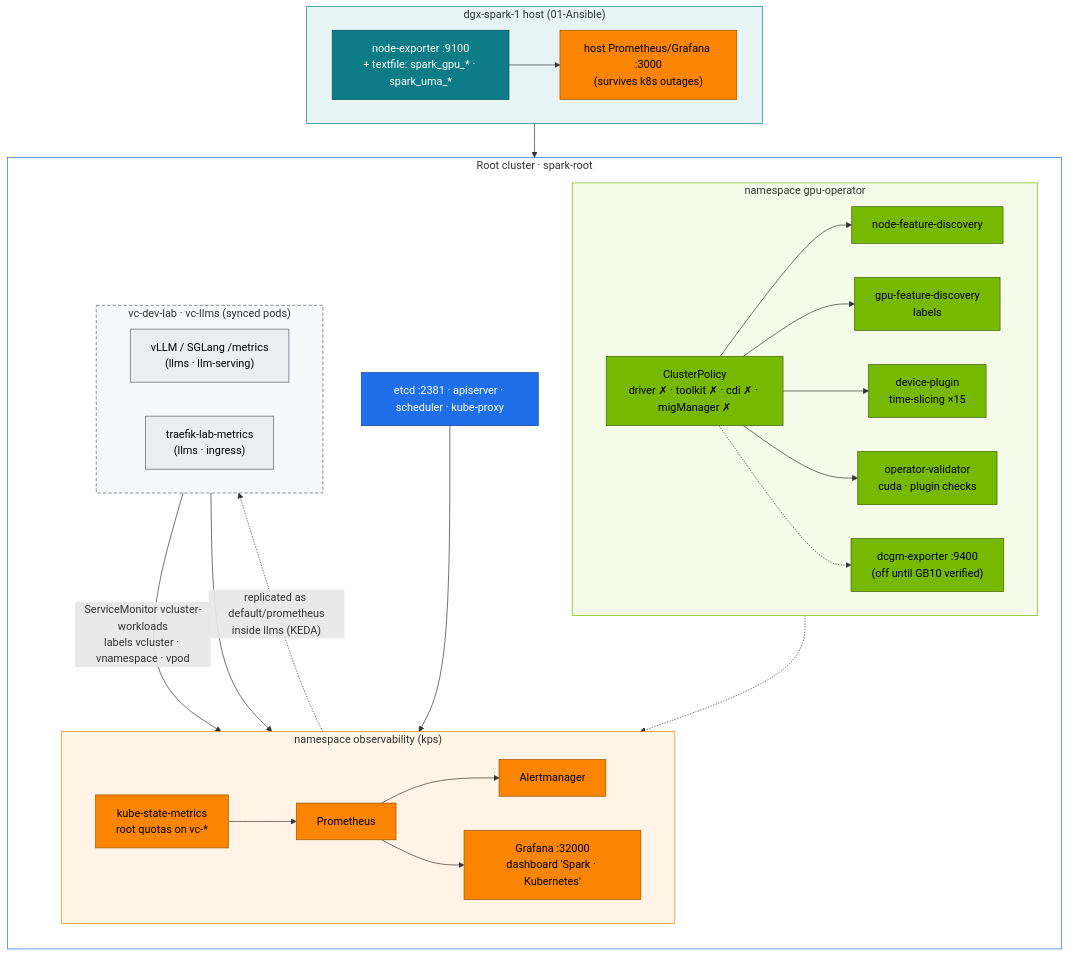
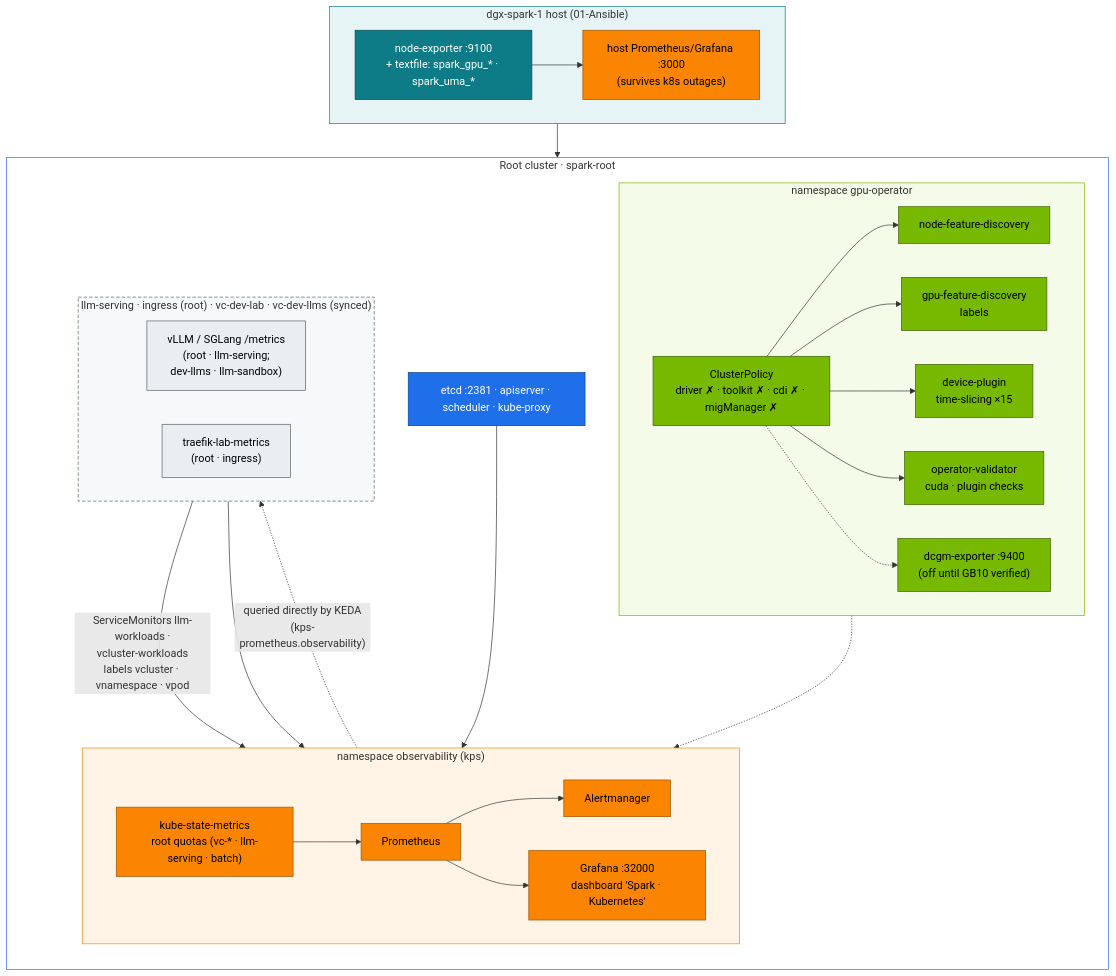
Before and after one commit to cloudone365/technical-depth: the diagram in 02-Kubernetes/17-nvidia-gpu-operator-and-network-operator.md, drawn with Mermaid. The commit also changed other lines of this file and 58 other files, not shown here.

First line of the commit message:
Docs: dev-llms sandbox vCluster, LLM stack on the root, shared ~90 GiB pool, headless DGX OS

````diff
--- a/02-Kubernetes/17-nvidia-gpu-operator-and-network-operator.md
+++ b/02-Kubernetes/17-nvidia-gpu-operator-and-network-operator.md
@@ -32,53 +32,53 @@
 ```mermaid
 flowchart TB
   subgraph ROOT["Root cluster · spark-root"]
     direction TB
     subgraph GOP["namespace gpu-operator"]
       direction LR
       CP["ClusterPolicy<br/>driver ✗ · toolkit ✗ · cdi ✗ · migManager ✗"] --> NFD["node-feature-discovery"]
       CP --> GFD["gpu-feature-discovery<br/>labels"]
       CP --> DP["device-plugin<br/>time-slicing ×15"]
       CP --> VAL["operator-validator<br/>cuda · plugin checks"]
       CP -.-> DCGMX["dcgm-exporter :9400<br/>(off until GB10 verified)"]
     end
     subgraph OBS["namespace observability (kps)"]
       direction LR
       PR["Prometheus"] --> AM["Alertmanager"]
       PR --> GR["Grafana :32000<br/>dashboard 'Spark · Kubernetes'"]
-      KSM["kube-state-metrics<br/>root quotas on vc-*"] --> PR
+      KSM["kube-state-metrics<br/>root quotas (vc-* · llm-serving · batch)"] --> PR
     end
     ETC["etcd :2381 · apiserver · scheduler · kube-proxy"]
-    subgraph VCS["vc-dev-lab · vc-llms (synced pods)"]
+    subgraph VCS["llm-serving · ingress (root) · vc-dev-lab · vc-dev-llms (synced)"]
       direction LR
-      VLLM["vLLM / SGLang /metrics<br/>(llms · llm-serving)"]
-      TRF["traefik-lab-metrics<br/>(llms · ingress)"]
+      VLLM["vLLM / SGLang /metrics<br/>(root · llm-serving;<br/>dev-llms · llm-sandbox)"]
+      TRF["traefik-lab-metrics<br/>(root · ingress)"]
     end
   end
   subgraph HOST["dgx-spark-1 host (01-Ansible)"]
     direction LR
     NE["node-exporter :9100<br/>+ textfile: spark_gpu_* · spark_uma_*"]
     HP["host Prometheus/Grafana :3000<br/>(survives k8s outages)"]
   end
   NE --> PR
   NE --> HP
   DCGMX -.-> PR
-  VLLM -- "ServiceMonitor vcluster-workloads<br/>labels vcluster · vnamespace · vpod" --> PR
+  VLLM -- "ServiceMonitors llm-workloads ·<br/>vcluster-workloads<br/>labels vcluster · vnamespace · vpod" --> PR
   TRF --> PR
   ETC --> PR
-  PR -. "replicated as default/prometheus<br/>inside llms (KEDA)" .-> VLLM
+  PR -. "queried directly by KEDA<br/>(kps-prometheus.observability)" .-> VLLM
   classDef gpu fill:#76b900,stroke:#3d6000,color:#000
   classDef obs fill:#fb8500,stroke:#9a5200,color:#000
   classDef ctrl fill:#1f6feb,stroke:#0b3d91,color:#fff
   classDef host fill:#0e7c86,stroke:#064e54,color:#fff
   classDef tenant fill:#eaeef2,stroke:#57606a,color:#000
   class CP,NFD,GFD,DP,VAL,DCGMX gpu
   class PR,AM,GR,KSM,HP obs
   class ETC ctrl
   class NE host
   class VLLM,TRF tenant
   style ROOT fill:#ffffff,stroke:#1f6feb
   style GOP fill:#f4fbe8,stroke:#76b900
   style OBS fill:#fff4e6,stroke:#fb8500
   style VCS fill:#f6f8fa,stroke:#57606a,stroke-dasharray:5 3
   style HOST fill:#e6f4f5,stroke:#0e7c86
 ```
````
